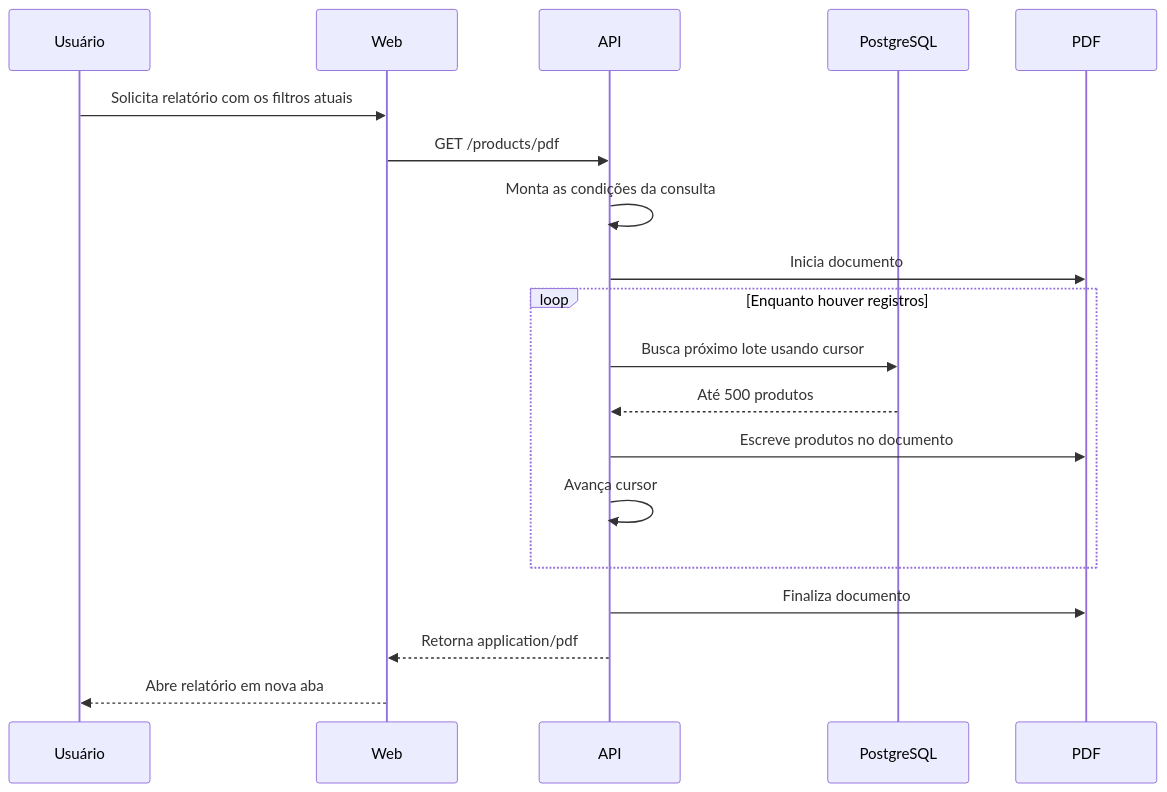
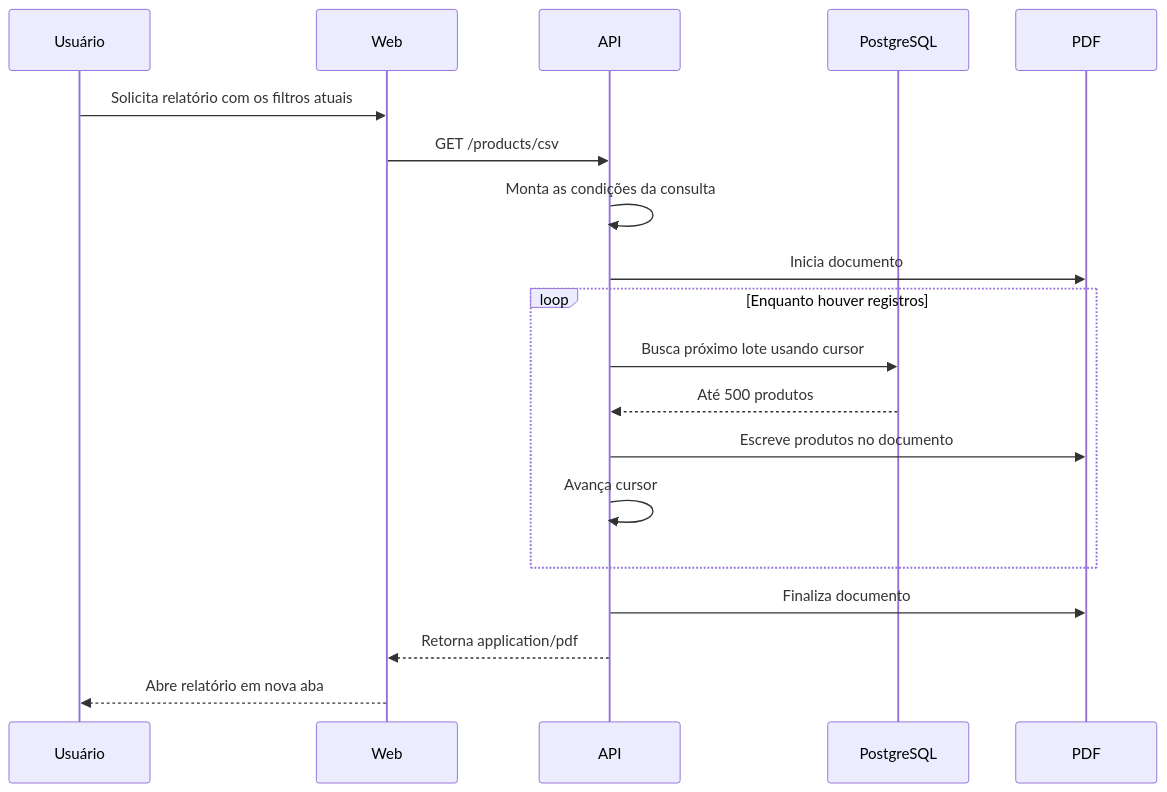
One commit to buildwitharthur/reports changed the diagram in README.md. Above: the diagram before and after it, drawn with Mermaid. The commit also changed other lines of this file and 7 other files, not shown here.

Commit message:
remove pdf generate and use csv

````diff
--- a/README.md
+++ b/README.md
@@ -48,25 +48,25 @@
 ```mermaid
 sequenceDiagram
     participant U as Usuário
     participant W as Web
     participant A as API
     participant DB as PostgreSQL
     participant PDF as PDF
 
     U->>W: Solicita relatório com os filtros atuais
-    W->>A: GET /products/pdf
+    W->>A: GET /products/csv
 
     A->>A: Monta as condições da consulta
     A->>PDF: Inicia documento
 
     loop Enquanto houver registros
         A->>DB: Busca próximo lote usando cursor
         DB-->>A: Até 500 produtos
         A->>PDF: Escreve produtos no documento
         A->>A: Avança cursor
     end
 
     A->>PDF: Finaliza documento
     A-->>W: Retorna application/pdf
     W-->>U: Abre relatório em nova aba
 ```
````
